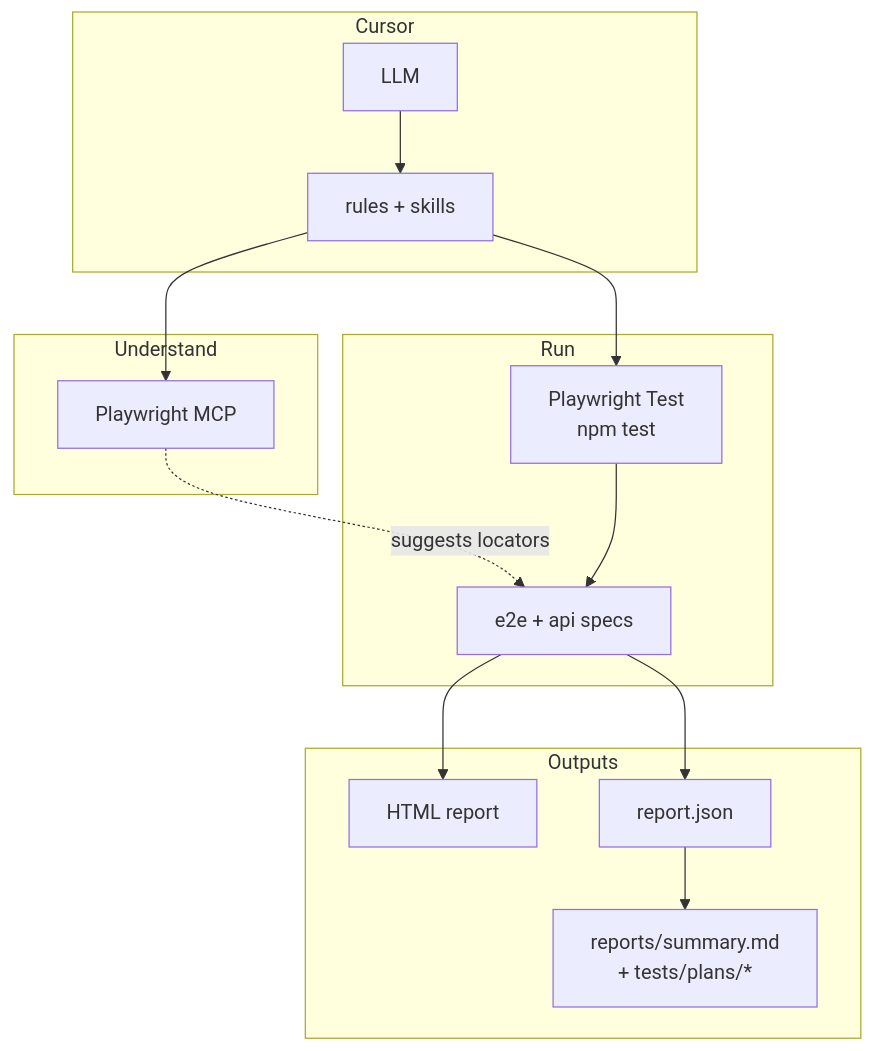
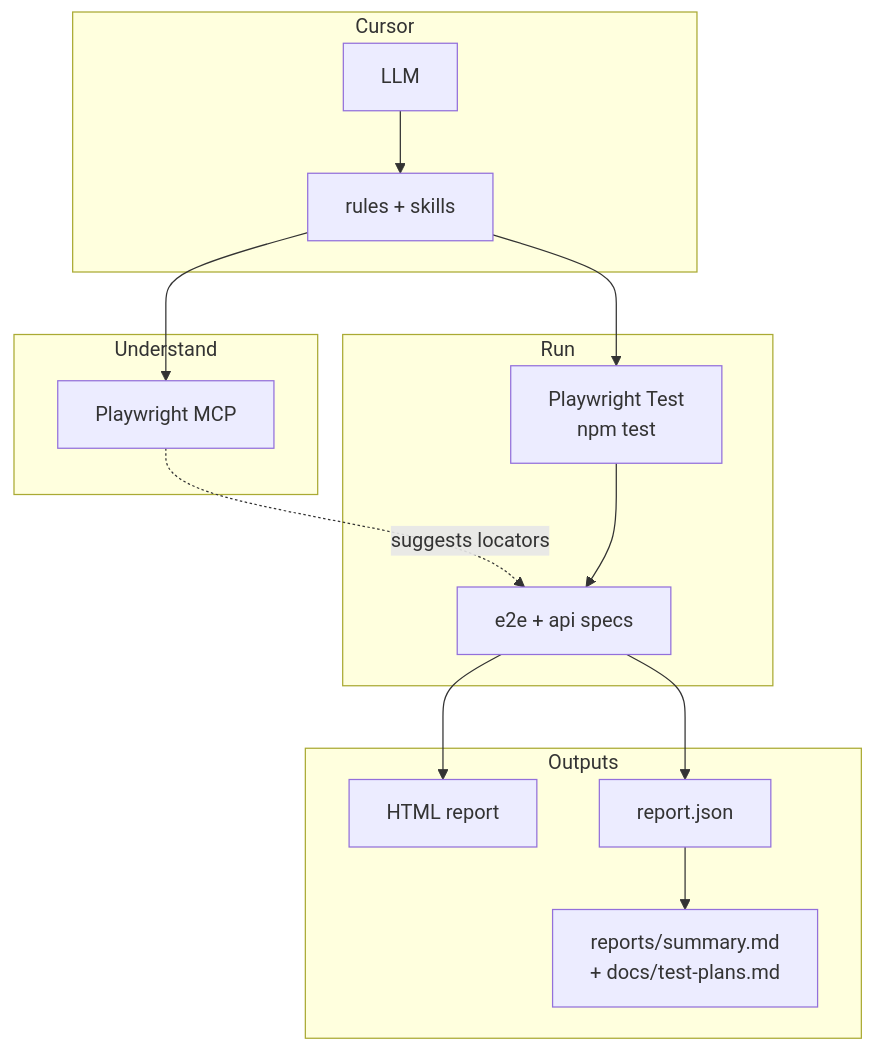
The first of 4 diagrams in docs/architecture.md (loveautomate/ai-qa-agent), drawn with Mermaid before and after one commit. The commit also changed 6 other files, not shown here.

First line of the commit message:
refactor: move test plan docs to docs/ (test-plans.md + template)

````diff
--- a/docs/architecture.md
+++ b/docs/architecture.md
@@ -7,31 +7,31 @@
 ```mermaid
 flowchart TB
   subgraph ide["Cursor"]
     LLM["LLM"]
     Rules["rules + skills"]
   end
 
   subgraph explore["Understand"]
     MCP["Playwright MCP"]
   end
 
   subgraph run["Run"]
     CLI["Playwright Test<br/>npm test"]
     Specs["e2e + api specs"]
   end
 
   subgraph out["Outputs"]
     HTML["HTML report"]
-    MD["reports/summary.md<br/>+ tests/plans/*"]
+    MD["reports/summary.md<br/>+ docs/test-plans.md"]
     JSON["report.json"]
   end
 
   LLM --> Rules
   Rules --> MCP
   Rules --> CLI
   MCP -.->|"suggests locators"| Specs
   CLI --> Specs
   Specs --> HTML
   Specs --> JSON
   JSON --> MD
 ```
````
